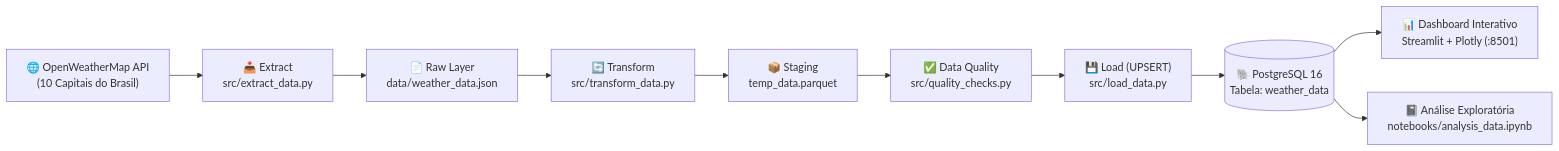
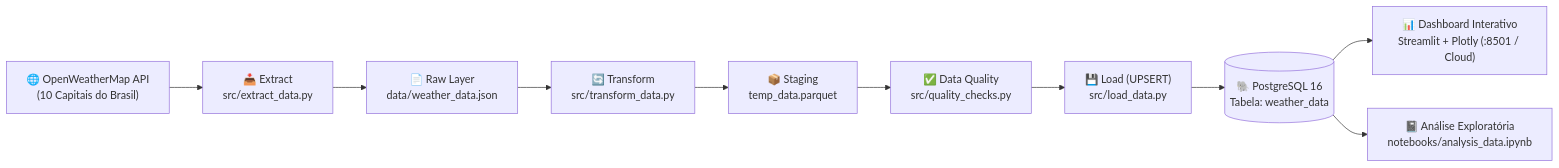
One commit to LuciannErlan/pipeline-etl-clima-brasil changed the diagram in README.md. Above: the diagram before and after it, drawn with Mermaid. The commit also changed other lines of this file, not shown here.

Commit message:
docs: add live Streamlit Cloud link and badges to README

````diff
--- a/README.md
+++ b/README.md
@@ -11,12 +19,12 @@
 ```mermaid
 flowchart LR
     API["🌐 OpenWeatherMap API\n(10 Capitais do Brasil)"] --> E["📥 Extract\nsrc/extract_data.py"]
     E --> JSON["📄 Raw Layer\ndata/weather_data.json"]
     JSON --> T["🔄 Transform\nsrc/transform_data.py"]
     T --> PQ["📦 Staging\ntemp_data.parquet"]
     PQ --> DQ["✅ Data Quality\nsrc/quality_checks.py"]
     DQ --> L["💾 Load (UPSERT)\nsrc/load_data.py"]
     L --> DB[("🐘 PostgreSQL 16\nTabela: weather_data")]
-    DB --> ST["📊 Dashboard Interativo\nStreamlit + Plotly (:8501)"]
+    DB --> ST["📊 Dashboard Interativo\nStreamlit + Plotly (:8501 / Cloud)"]
     DB --> NB["📓 Análise Exploratória\nnotebooks/analysis_data.ipynb"]
 ```
````
